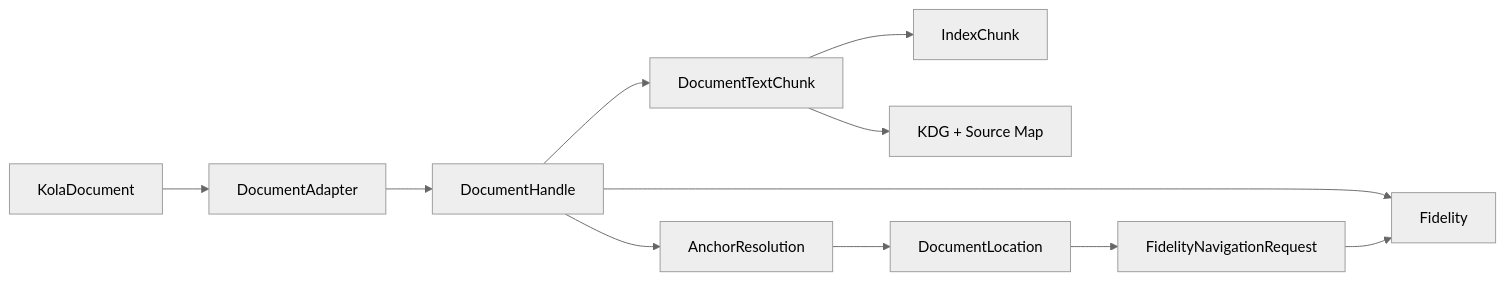
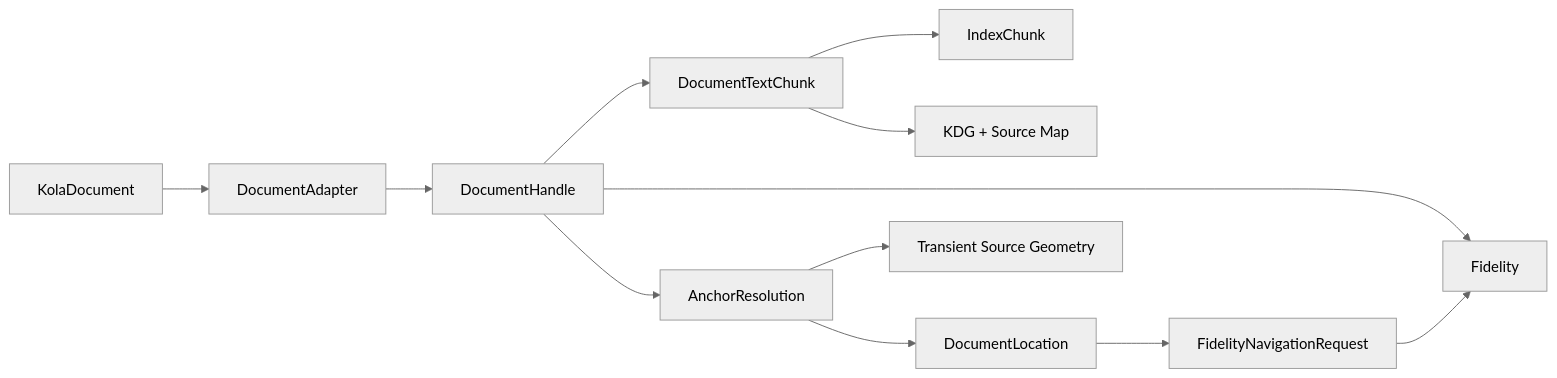
Before and after one commit to aaditya140103/kola: diagram 12 of 16 in docs/PROJECT_GRAPH.md, drawn with Mermaid (neutral theme). The commit also changed other lines of this file, not shown here.

Commit message:
Document recovered annotation geometry flow

````diff
--- a/docs/PROJECT_GRAPH.md
+++ b/docs/PROJECT_GRAPH.md
@@ -213,11 +225,12 @@
 ```mermaid
 flowchart LR
     Doc[KolaDocument] --> Adapter[DocumentAdapter] --> Handle[DocumentHandle]
     Handle --> Fidelity[Fidelity]
     Handle --> Text[DocumentTextChunk]
     Text --> Index[IndexChunk]
     Text --> KDG[KDG + Source Map]
     Handle --> Resolve[AnchorResolution]
     Resolve --> Location[DocumentLocation]
+    Resolve --> Geometry[Transient Source Geometry]
     Location --> Request[FidelityNavigationRequest] --> Fidelity
 ```
````
